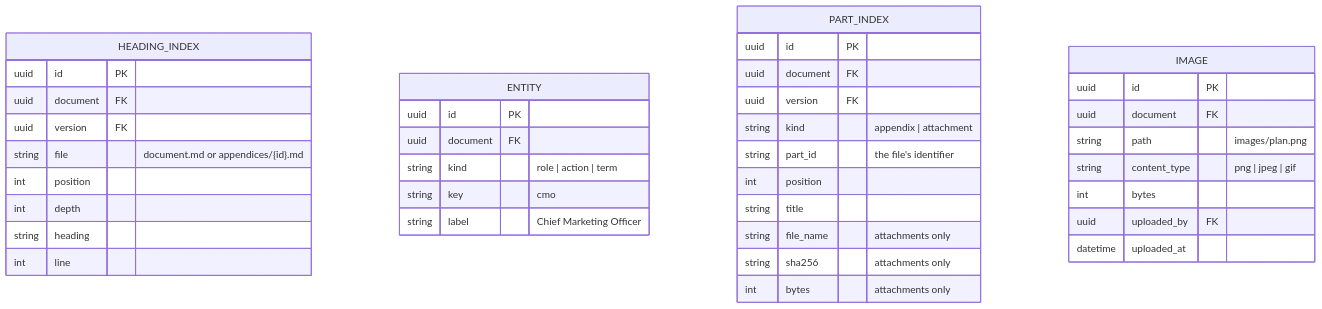
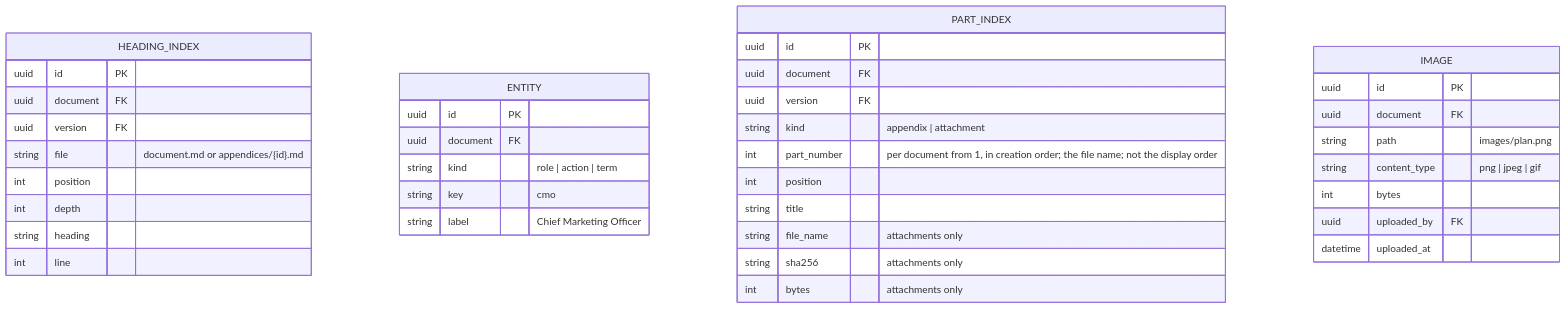
The fourth of 5 diagrams in docs/data-model.md (Oleksii-Zagorskyi/syngraphe), drawn with Mermaid before and after one commit. The commit also changed other lines of this file and 13 other files, not shown here.

````diff
--- a/docs/data-model.md
+++ b/docs/data-model.md
@@ -361,41 +408,41 @@
 ```mermaid
 erDiagram
     HEADING_INDEX {
         uuid id PK
         uuid document FK
         uuid version FK
         string file "document.md or appendices/{id}.md"
         int position
         int depth
         string heading
         int line
     }
     ENTITY {
         uuid id PK
         uuid document FK
         string kind "role | action | term"
         string key "cmo"
         string label "Chief Marketing Officer"
     }
     PART_INDEX {
         uuid id PK
         uuid document FK
         uuid version FK
         string kind "appendix | attachment"
-        string part_id "the file's identifier"
+        int part_number "per document from 1, in creation order; the file name; not the display order"
         int position
         string title
         string file_name "attachments only"
         string sha256 "attachments only"
         int bytes "attachments only"
     }
     IMAGE {
         uuid id PK
         uuid document FK
         string path "images/plan.png"
         string content_type "png | jpeg | gif"
         int bytes
         uuid uploaded_by FK
         datetime uploaded_at
     }
 ```
````
